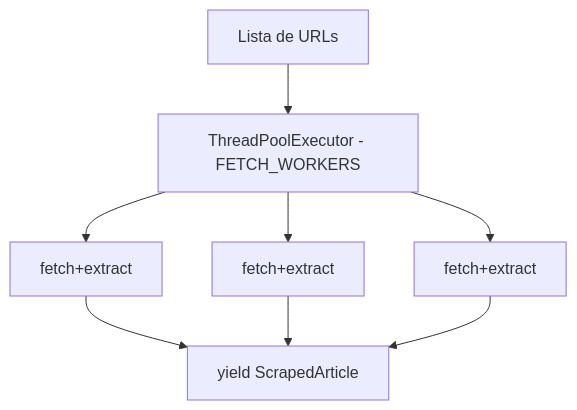
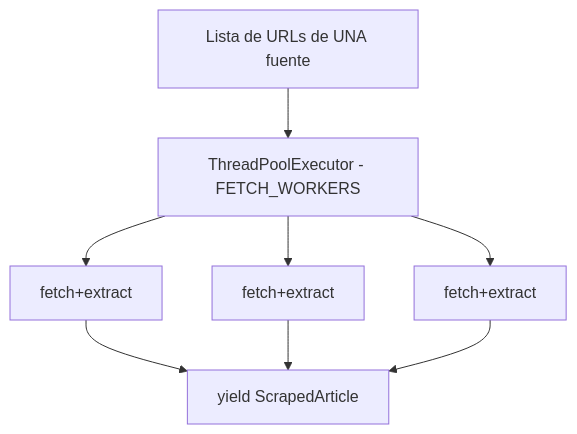
The third of 10 diagrams in docs/PROCESOS.md (Jcazt21/ODIN), drawn with Mermaid before and after one commit. The commit also changed other lines of this file and 12 other files, not shown here.

````diff
--- a/docs/PROCESOS.md
+++ b/docs/PROCESOS.md
@@ -126,10 +217,10 @@
 ```mermaid
 flowchart TD
-    URLS[Lista de URLs] --> POOL[ThreadPoolExecutor - FETCH_WORKERS]
+    URLS[Lista de URLs de UNA fuente] --> POOL[ThreadPoolExecutor - FETCH_WORKERS]
     POOL --> F1[fetch+extract]
     POOL --> F2[fetch+extract]
     POOL --> F3[fetch+extract]
     F1 --> Y[yield ScrapedArticle]
     F2 --> Y
     F3 --> Y
 ```
````
